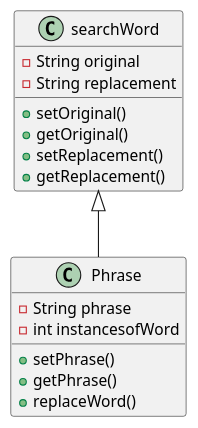
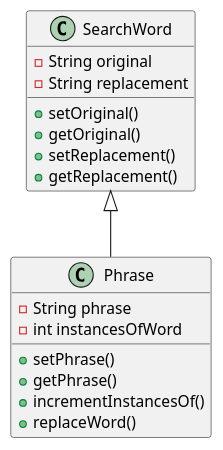
One commit to ehraiford/raiford-cop3330-assignment3 changed the diagram in src/main/java/ex45/45UML.puml. Above: the diagram before and after it, drawn with PlantUML. The commit also changed 11 other files, not shown here.

```diff
--- a/src/main/java/ex45/45UML.puml
+++ b/src/main/java/ex45/45UML.puml
@@ -1,21 +1,22 @@
 @startuml
 'https://plantuml.com/sequence-diagram
-Class searchWord {
+Class SearchWord {
 -String original
 -String replacement
 
 +setOriginal()
 +getOriginal()
 +setReplacement()
 +getReplacement()
 }
-Class Phrase extends searchWord{
+Class Phrase extends SearchWord{
 -String phrase
--int instancesofWord
+-int instancesOfWord
 
 +setPhrase()
 +getPhrase()
++incrementInstancesOf()
 +replaceWord()
 }
 
 @enduml
```
